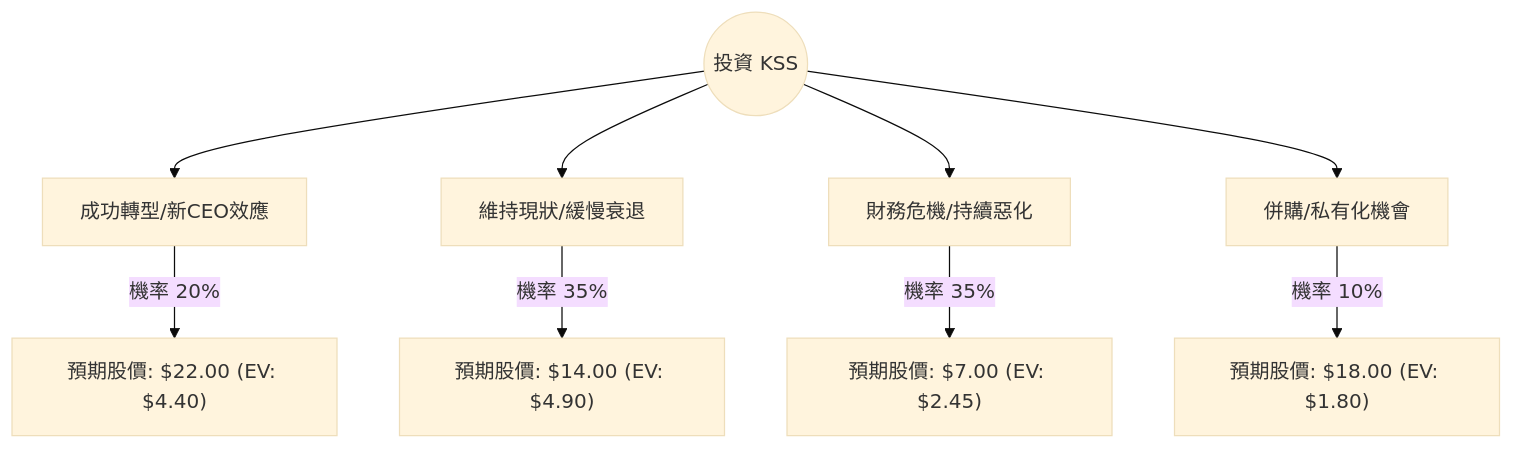
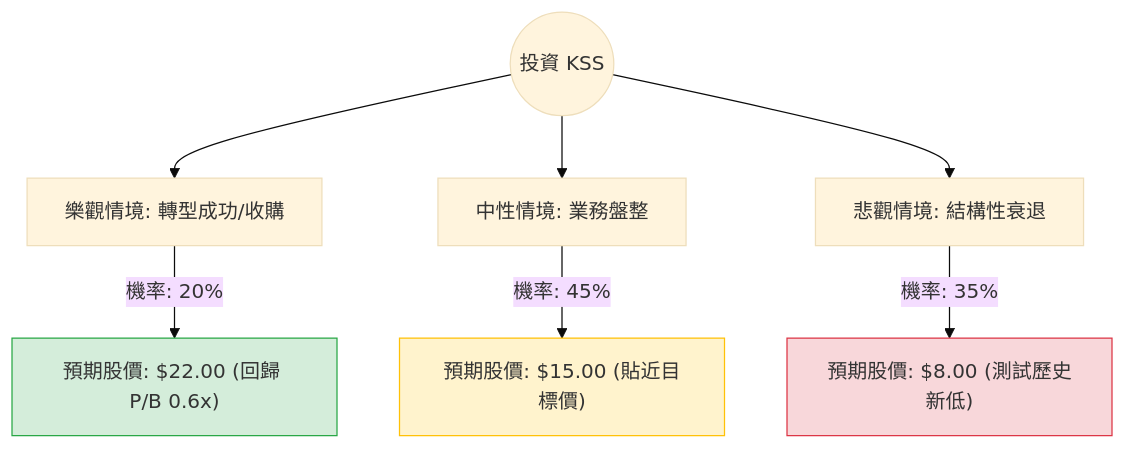
Before and after one commit to zmcx16/zmcx16.github.io: the diagram in plugin-react/ai-analysis/ev-analysis/KSS.md, drawn with Mermaid (base theme). The commit also changed other lines of this file and 75 other files, not shown here.

````diff
--- a/plugin-react/ai-analysis/ev-analysis/KSS.md
+++ b/plugin-react/ai-analysis/ev-analysis/KSS.md
@@ -20,12 +20,14 @@
 ```mermaid
 graph TD
-    Start((投資 KSS)) --> Bull[成功轉型/新CEO效應]
-    Start --> Base[維持現狀/緩慢衰退]
-    Start --> Bear[財務危機/持續惡化]
-    Start --> MA[併購/私有化機會]
+    Start((投資 KSS)) --> Opt[樂觀情境: 轉型成功/收購]
+    Start --> Neu[中性情境: 業務盤整]
+    Start --> Pes[悲觀情境: 結構性衰退]
 
-    Bull -- "機率 20%" --> BullVal["預期股價: $22.00 (EV: $4.40)"]
-    Base -- "機率 35%" --> BaseVal["預期股價: $14.00 (EV: $4.90)"]
-    Bear -- "機率 35%" --> BearVal["預期股價: $7.00 (EV: $2.45)"]
-    MA -- "機率 10%" --> MAVal["預期股價: $18.00 (EV: $1.80)"]
+    Opt -- "機率: 20%" --> OptVal["預期股價: $22.00 (回歸 P/B 0.6x)"]
+    Neu -- "機率: 45%" --> NeuVal["預期股價: $15.00 (貼近目標價)"]
+    Pes -- "機率: 35%" --> PesVal["預期股價: $8.00 (測試歷史新低)"]
+
+    style OptVal fill:#d4edda,stroke:#28a745
+    style NeuVal fill:#fff3cd,stroke:#ffc107
+    style PesVal fill:#f8d7da,stroke:#dc3545
 ```
````
